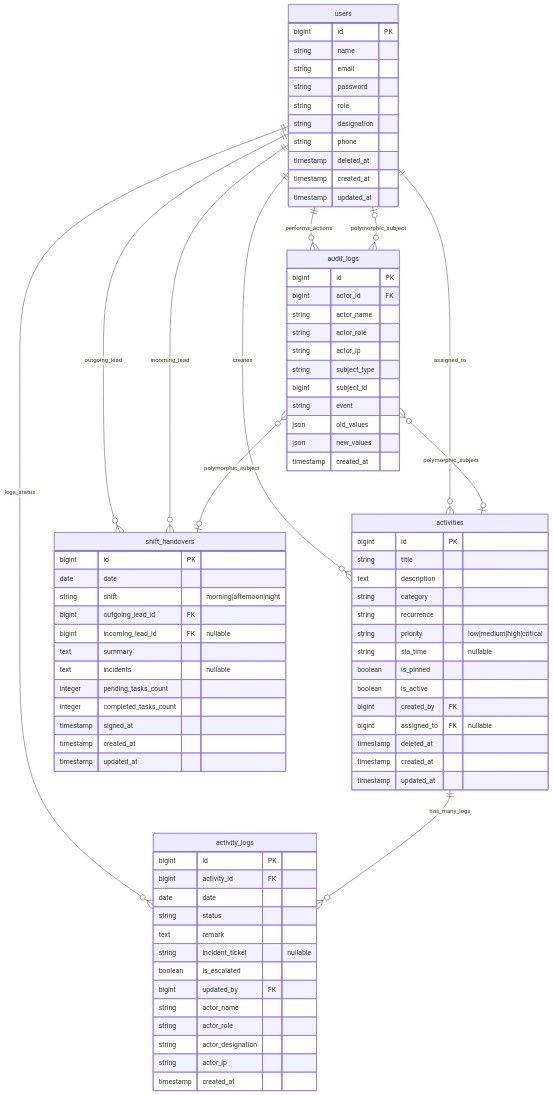
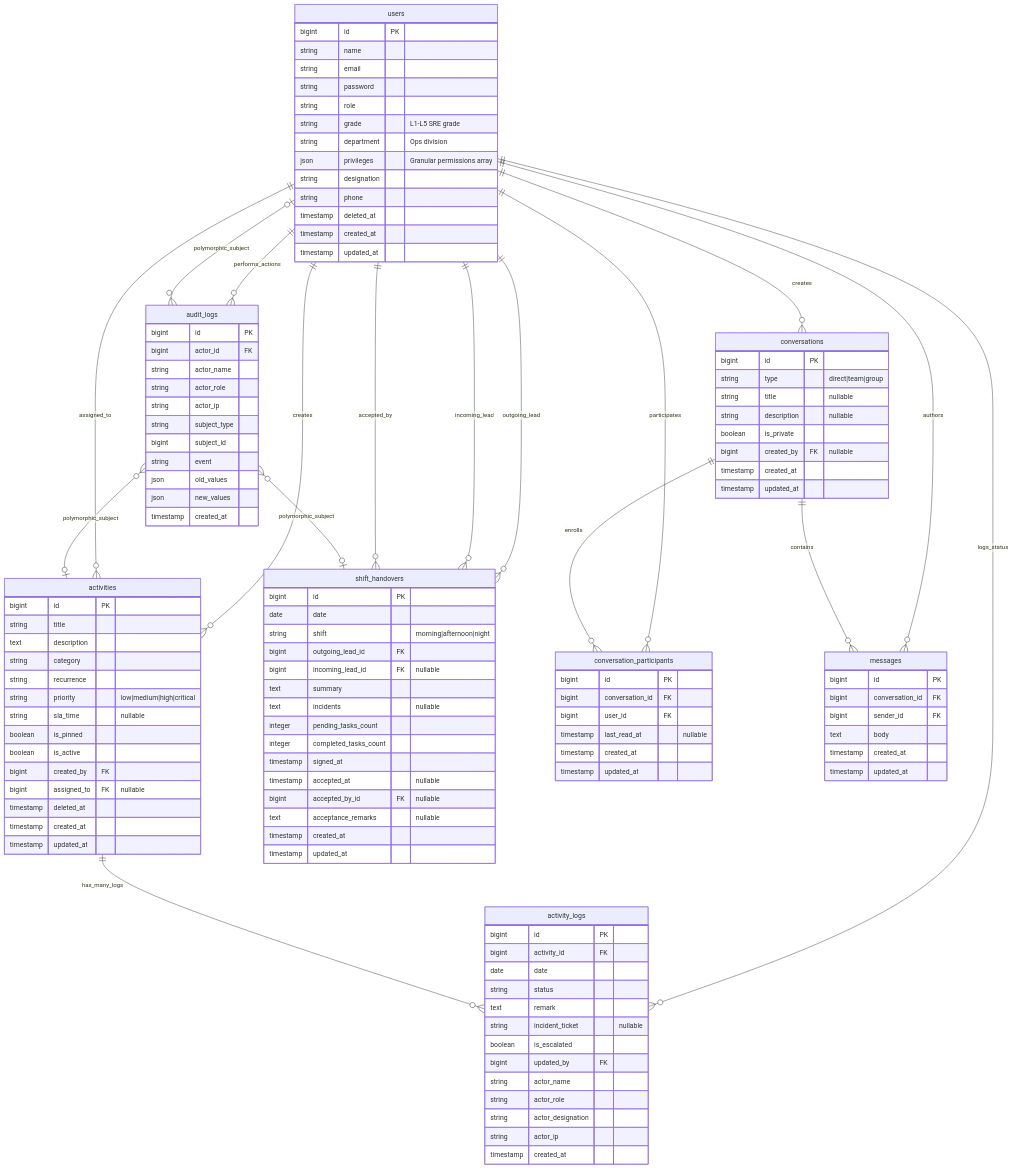
One commit to mhiskall282/npontu-technologies-sre changed the first of 11 diagrams in docs/architecture.md. Above: the diagram before and after it, drawn with Mermaid. The commit also changed other lines of this file and 25 other files, not shown here.

Commit message:
feat(sre): shift handover sign-on acceptance, operational messaging pipeline, and granular user privileges

```diff
--- a/docs/architecture.md
+++ b/docs/architecture.md
@@ -18,6 +18,13 @@
     users ||--o{ audit_logs : "performs_actions"
     users ||--o{ shift_handovers : "outgoing_lead"
     users ||--o{ shift_handovers : "incoming_lead"
+    users ||--o{ shift_handovers : "accepted_by"
+    users ||--o{ conversations : "creates"
+    users ||--o{ conversation_participants : "participates"
+    users ||--o{ messages : "authors"
+
+    conversations ||--o{ conversation_participants : "enrolls"
+    conversations ||--o{ messages : "contains"
 
     activities ||--o{ activity_logs : "has_many_logs"
 
@@ -31,6 +38,9 @@
         string email
         string password
         string role
+        string grade "L1-L5 SRE grade"
+        string department "Ops division"
+        json privileges "Granular permissions array"
         string designation
         string phone
         timestamp deleted_at
@@ -82,6 +92,38 @@
         integer pending_tasks_count
         integer completed_tasks_count
         timestamp signed_at
+        timestamp accepted_at "nullable"
+        bigint accepted_by_id FK "nullable"
+        text acceptance_remarks "nullable"
+        timestamp created_at
+        timestamp updated_at
+    }
+
+    conversations {
+        bigint id PK
+        string type "direct|team|group"
+        string title "nullable"
+        string description "nullable"
+        boolean is_private
+        bigint created_by FK "nullable"
+        timestamp created_at
+        timestamp updated_at
+    }
+
+    conversation_participants {
+        bigint id PK
+        bigint conversation_id FK
+        bigint user_id FK
+        timestamp last_read_at "nullable"
+        timestamp created_at
+        timestamp updated_at
+    }
+
+    messages {
+        bigint id PK
+        bigint conversation_id FK
+        bigint sender_id FK
+        text body
         timestamp created_at
         timestamp updated_at
     }
```
